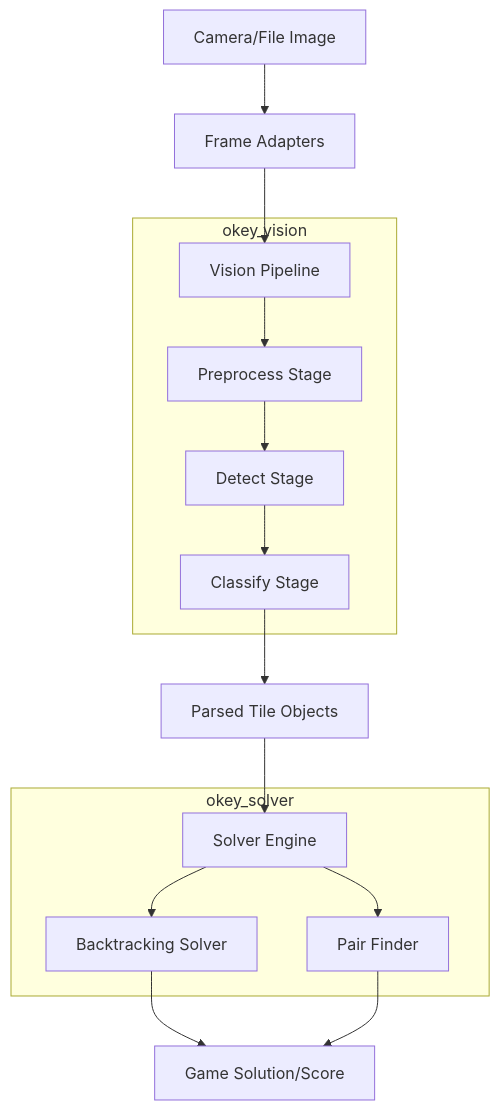
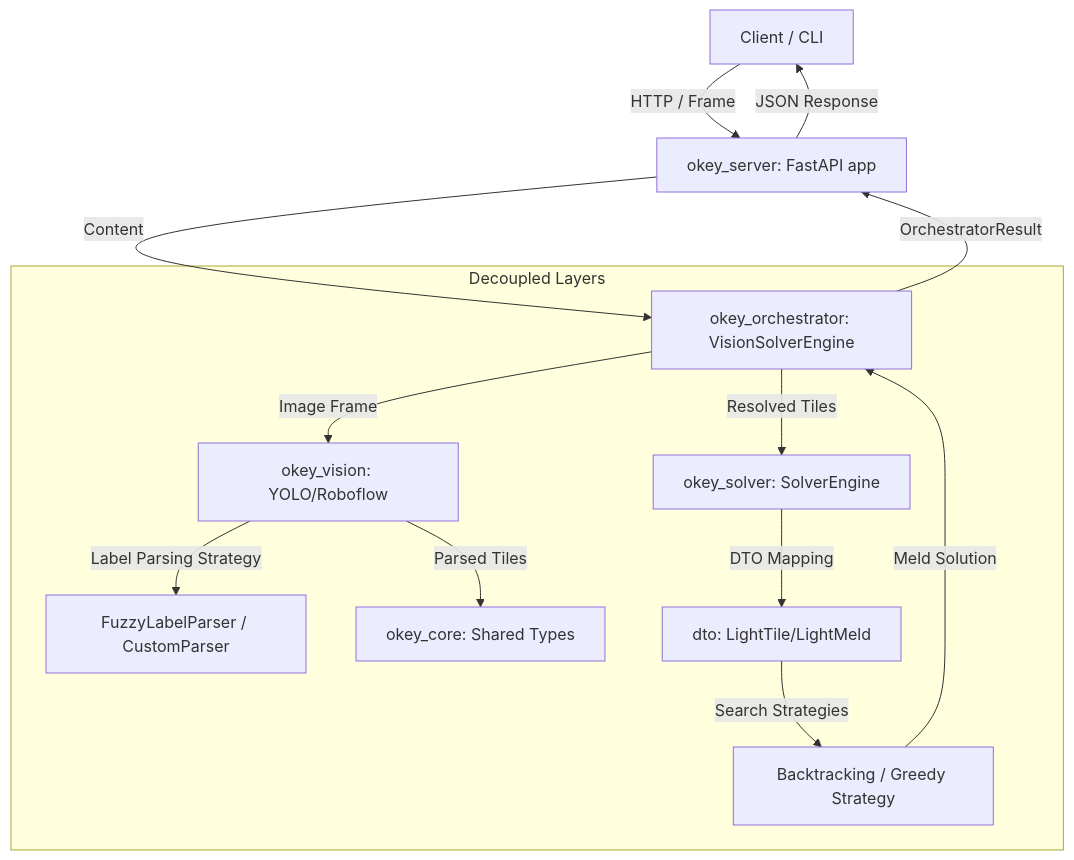
One commit to AtaCanYmc/okey-solver-py changed the diagram in docs/ARCHITECTURE.md. Above: the diagram before and after it, drawn with Mermaid. The commit also changed 5 other files, not shown here.

Commit message:
feat: update architecture documentation and add contributing guidelines

````diff
--- a/docs/ARCHITECTURE.md
+++ b/docs/ARCHITECTURE.md
@@ -9,22 +9,18 @@
 ```mermaid
 graph TD
-    Input[Camera/File Image] --> Adapters[Frame Adapters]
-    Adapters --> Pipeline[Vision Pipeline]
+    Client[Client / CLI] -->|HTTP / Frame| Server[okey_server: FastAPI app]
+    Server -->|Content| Orchestrator[okey_orchestrator: VisionSolverEngine]
     
-    subgraph okey_vision
-        Pipeline --> Pre[Preprocess Stage]
-        Pre --> Det[Detect Stage]
-        Det --> Cls[Classify Stage]
+    subgraph Decoupled Layers
+        Orchestrator -->|Image Frame| Vision[okey_vision: YOLO/Roboflow]
+        Vision -->|Label Parsing Strategy| Parser[FuzzyLabelParser / CustomParser]
+        Vision -->|Parsed Tiles| Core[okey_core: Shared Types]
+        Orchestrator -->|Resolved Tiles| Solver[okey_solver: SolverEngine]
+        Solver -->|DTO Mapping| DTO[dto: LightTile/LightMeld]
+        DTO -->|Search Strategies| Strategy[Backtracking / Greedy Strategy]
     end
     
-    Cls --> Tiles[Parsed Tile Objects]
-    Tiles --> Solver[Solver Engine]
-    
-    subgraph okey_solver
-        Solver --> Backtrack[Backtracking Solver]
-        Solver --> Pairs[Pair Finder]
-    end
-    
-    Backtrack --> Output[Game Solution/Score]
-    Pairs --> Output
+    Strategy -->|Meld Solution| Orchestrator
+    Orchestrator -->|OrchestratorResult| Server
+    Server -->|JSON Response| Client
 ```
````
